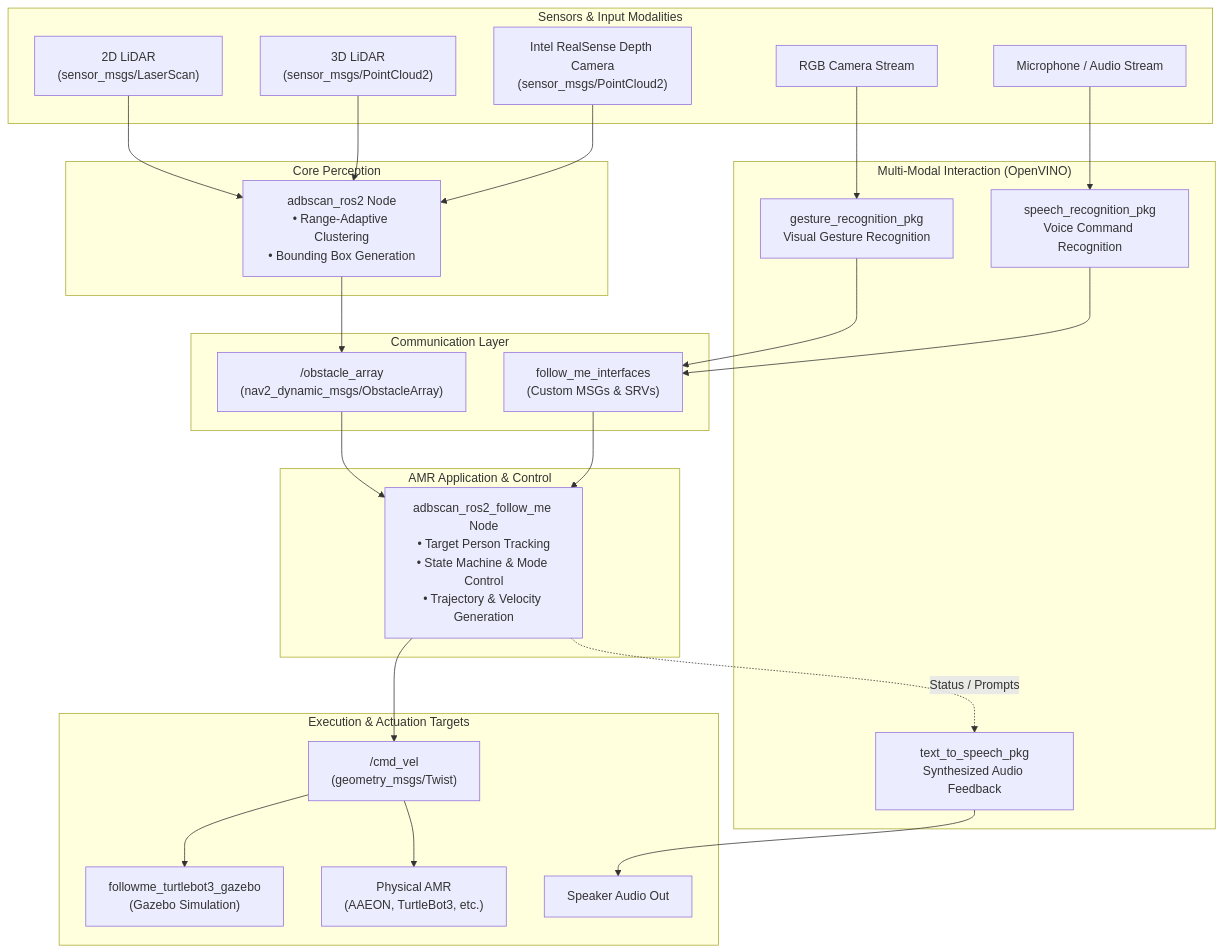
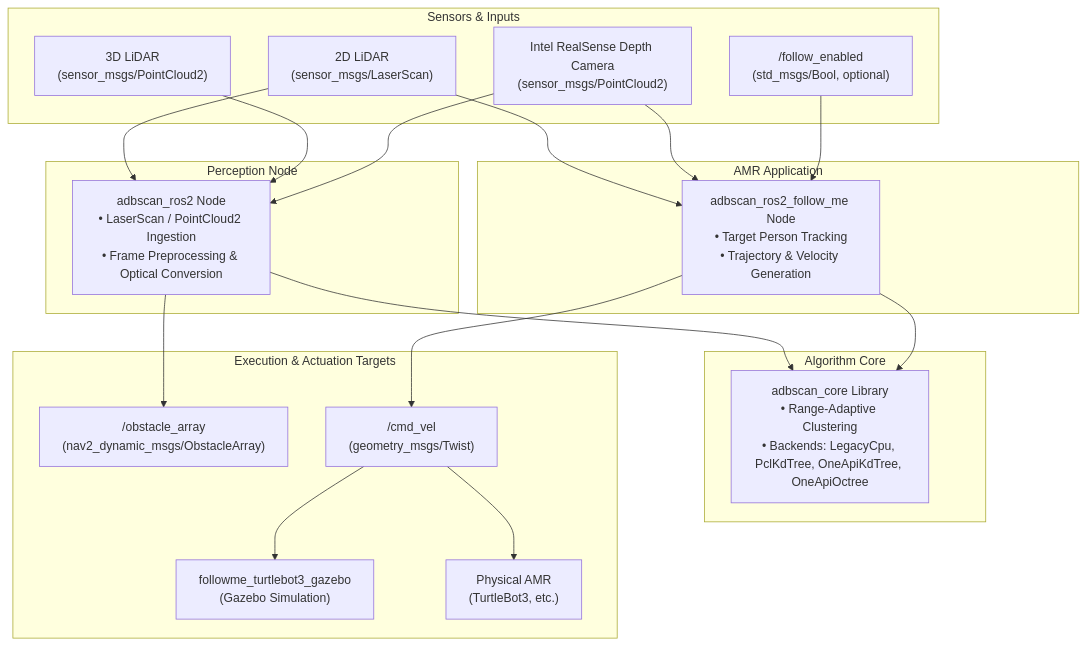
Before and after one commit to open-edge-platform/robotics-ai-suite: the diagram in src/components/adbscan/README.md, drawn with Mermaid. The commit also changed other lines of this file and 213 other files, not shown here.

````diff
--- a/src/components/adbscan/README.md
+++ b/src/components/adbscan/README.md
@@ -44,56 +48,44 @@
 ```mermaid
 graph TD
-    subgraph Sensors["Sensors & Input Modalities"]
+    subgraph Sensors["Sensors & Inputs"]
         Lidar2D["2D LiDAR<br/>(sensor_msgs/LaserScan)"]
         Lidar3D["3D LiDAR<br/>(sensor_msgs/PointCloud2)"]
         Realsense["Intel RealSense Depth Camera<br/>(sensor_msgs/PointCloud2)"]
-        RGB["RGB Camera Stream"]
-        AudioIn["Microphone / Audio Stream"]
+        EnableTopic["/follow_enabled<br/>(std_msgs/Bool, optional)"]
     end
 
-    subgraph Perception["Core Perception"]
-        ADBSCAN["adbscan_ros2 Node<br/>• Range-Adaptive Clustering<br/>• Bounding Box Generation"]
+    subgraph CoreLib["Algorithm Core"]
+        Core["adbscan_core Library<br/>• Range-Adaptive Clustering<br/>• Backends: LegacyCpu, PclKdTree, OneApiKdTree, OneApiOctree"]
     end
 
-    subgraph Interaction["Multi-Modal Interaction (OpenVINO)"]
-        Gesture["gesture_recognition_pkg<br/>Visual Gesture Recognition"]
-        Speech["speech_recognition_pkg<br/>Voice Command Recognition"]
-        TTS["text_to_speech_pkg<br/>Synthesized Audio Feedback"]
+    subgraph Perception["Perception Node"]
+        ADBSCAN["adbscan_ros2 Node<br/>• LaserScan / PointCloud2 Ingestion<br/>• Frame Preprocessing & Optical Conversion"]
     end
 
-    subgraph Interfaces["Communication Layer"]
-        ObsTopic["/obstacle_array<br/>(nav2_dynamic_msgs/ObstacleArray)"]
-        FMI["follow_me_interfaces<br/>(Custom MSGs & SRVs)"]
-    end
-
-    subgraph Application["AMR Application & Control"]
-        FollowMe["adbscan_ros2_follow_me Node<br/>• Target Person Tracking<br/>• State Machine & Mode Control<br/>• Trajectory & Velocity Generation"]
+    subgraph Application["AMR Application"]
+        FollowMe["adbscan_ros2_follow_me Node<br/>• Target Person Tracking<br/>• Trajectory & Velocity Generation"]
     end
 
     subgraph Targets["Execution & Actuation Targets"]
+        ObsTopic["/obstacle_array<br/>(nav2_dynamic_msgs/ObstacleArray)"]
         CmdVel["/cmd_vel<br/>(geometry_msgs/Twist)"]
         Gazebo["followme_turtlebot3_gazebo<br/>(Gazebo Simulation)"]
-        RealRobot["Physical AMR<br/>(AAEON, TurtleBot3, etc.)"]
-        Speaker["Speaker Audio Out"]
+        RealRobot["Physical AMR<br/>(TurtleBot3, etc.)"]
     end
 
     Lidar2D --> ADBSCAN
     Lidar3D --> ADBSCAN
     Realsense --> ADBSCAN
-    RGB --> Gesture
-    AudioIn --> Speech
+
+    Lidar2D --> FollowMe
+    Realsense --> FollowMe
+    EnableTopic --> FollowMe
+
+    ADBSCAN --> Core
+    FollowMe --> Core
 
     ADBSCAN --> ObsTopic
-    ObsTopic --> FollowMe
-
-    Gesture --> FMI
-    Speech --> FMI
-    FMI --> FollowMe
-
-    FollowMe -. Status / Prompts .-> TTS
-    TTS --> Speaker
-
     FollowMe --> CmdVel
     CmdVel --> Gazebo
     CmdVel --> RealRobot
 ```
````
